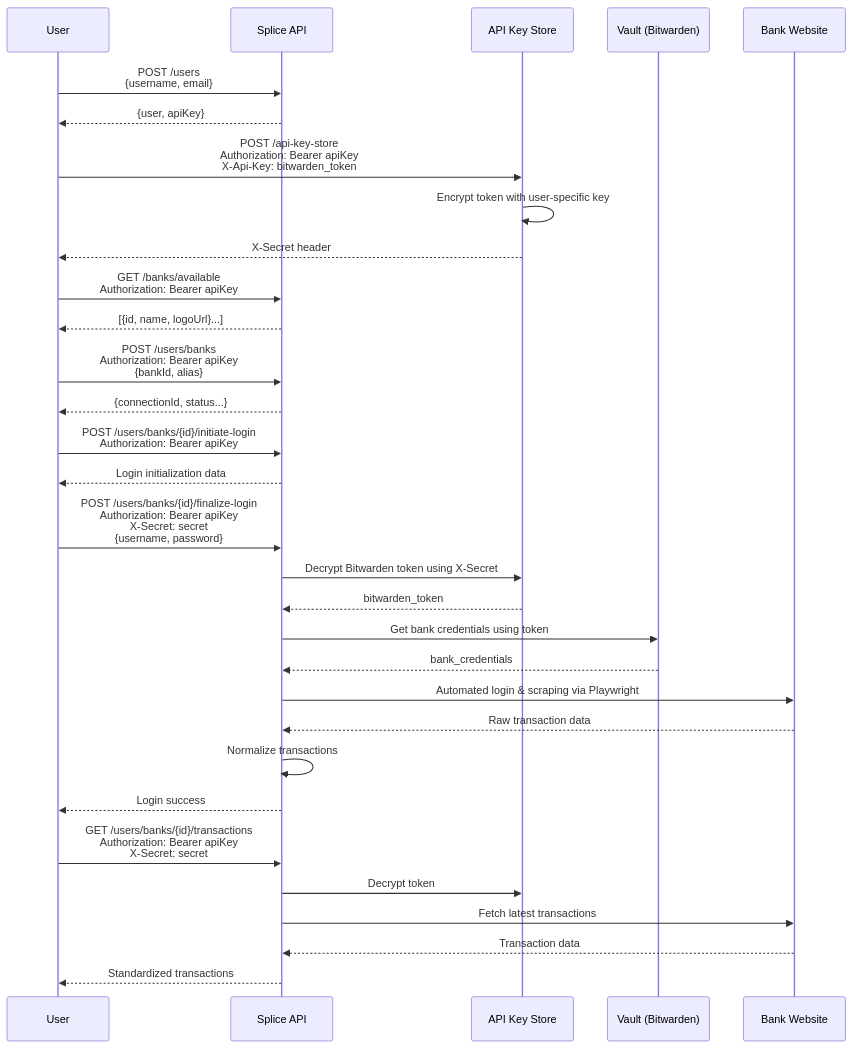
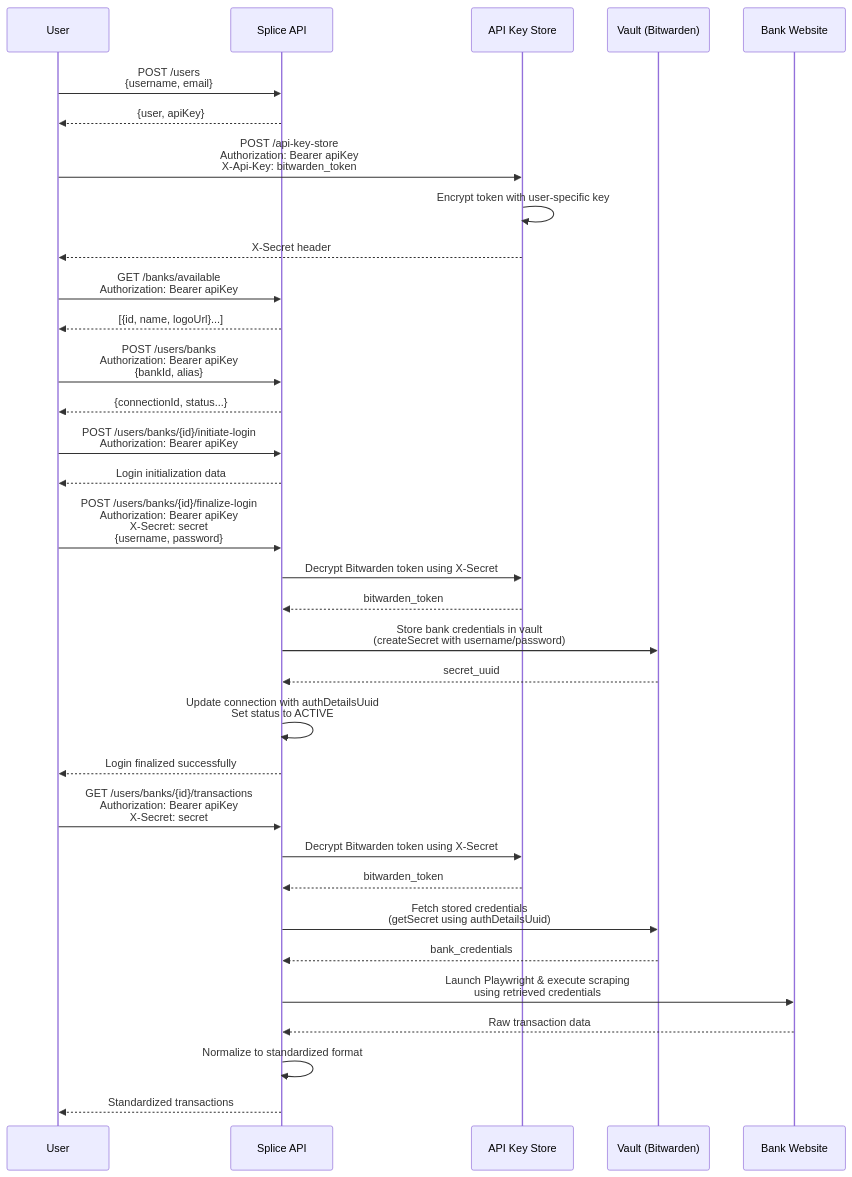
One commit to koonweee/splice changed the diagram in README.md. Above: the diagram before and after it, drawn with Mermaid.

Commit message:
fix: correct mermaid flow diagram sequence
- finalize-login now correctly shows credential storage in Bitwarden vault
- get-transactions now shows proper sequence: fetch credentials → scrape → normalize
- Separated credential storage (finalize-login) from scraping (get-transactions)
- Added authDetailsUuid and connection status updates to flow

````diff
--- a/README.md
+++ b/README.md
@@ -139,47 +139,49 @@
 ```mermaid
 sequenceDiagram
     participant U as User
     participant S as Splice API
     participant KS as API Key Store
     participant V as Vault (Bitwarden)
     participant B as Bank Website
 
     %% User Creation & Authentication
     U->>S: POST /users<br>{username, email}
     S-->>U: {user, apiKey}
 
     %% Store Bitwarden Token
     U->>KS: POST /api-key-store<br>Authorization: Bearer apiKey<br>X-Api-Key: bitwarden_token
     KS->>KS: Encrypt token with user-specific key
     KS-->>U: X-Secret header
 
     %% Get Available Banks
     U->>S: GET /banks/available<br>Authorization: Bearer apiKey
     S-->>U: [{id, name, logoUrl}...]
 
     %% Create Bank Connection
     U->>S: POST /users/banks<br>Authorization: Bearer apiKey<br>{bankId, alias}
     S-->>U: {connectionId, status...}
 
     %% Initiate Login
     U->>S: POST /users/banks/{id}/initiate-login<br>Authorization: Bearer apiKey
     S-->>U: Login initialization data
 
-    %% Finalize Login & Fetch Transactions
+    %% Finalize Login - Store Credentials
     U->>S: POST /users/banks/{id}/finalize-login<br>Authorization: Bearer apiKey<br>X-Secret: secret<br>{username, password}
     S->>KS: Decrypt Bitwarden token using X-Secret
     KS-->>S: bitwarden_token
-    S->>V: Get bank credentials using token
+    S->>V: Store bank credentials in vault<br>(createSecret with username/password)
+    V-->>S: secret_uuid
+    S->>S: Update connection with authDetailsUuid<br>Set status to ACTIVE
+    S-->>U: Login finalized successfully
+
+    %% Get Transactions - Fetch & Scrape
+    U->>S: GET /users/banks/{id}/transactions<br>Authorization: Bearer apiKey<br>X-Secret: secret
+    S->>KS: Decrypt Bitwarden token using X-Secret
+    KS-->>S: bitwarden_token
+    S->>V: Fetch stored credentials<br>(getSecret using authDetailsUuid)
     V-->>S: bank_credentials
-    S->>B: Automated login & scraping via Playwright
+    S->>B: Launch Playwright & execute scraping<br>using retrieved credentials
     B-->>S: Raw transaction data
-    S->>S: Normalize transactions
-    S-->>U: Login success
-
-    %% Get Transactions
-    U->>S: GET /users/banks/{id}/transactions<br>Authorization: Bearer apiKey<br>X-Secret: secret
-    S->>KS: Decrypt token
-    S->>B: Fetch latest transactions
-    B-->>S: Transaction data
+    S->>S: Normalize to standardized format
     S-->>U: Standardized transactions
 ```
````
